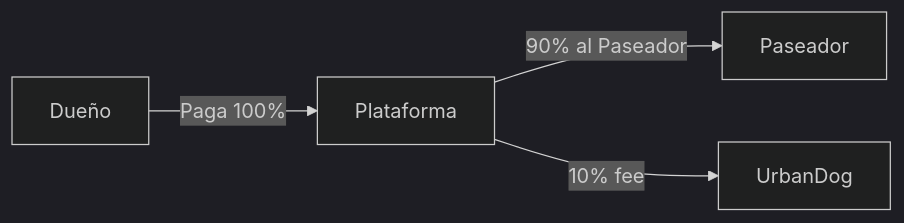
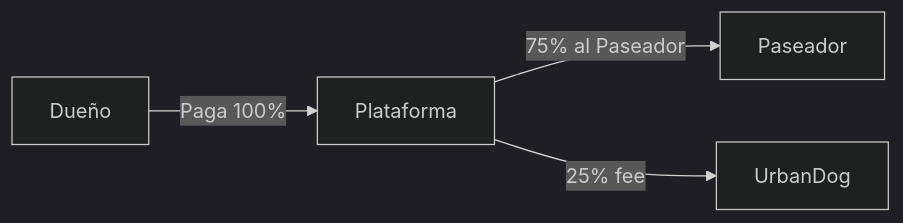
One commit to imsauleduardo/UrbanDog changed the second of 3 diagrams in docs/PRD_URBANDOG.md. Above: the diagram before and after it, drawn with Mermaid (dark theme). The commit also changed other lines of this file and 44 other files, not shown here.

Commit message:
feat: Initialize UrbanDog core plugin and theme, adding home page meta boxes, AJAX search, documentation, and development environment configurations.

````diff
--- a/docs/PRD_URBANDOG.md
+++ b/docs/PRD_URBANDOG.md
@@ -101,6 +101,6 @@
 ```mermaid
 flowchart LR
     D[Dueño] -->|Paga 100%| P[Plataforma]
-    P -->|90% al Paseador| W[Paseador]
-    P -->|10% fee| U[UrbanDog]
+    P -->|75% al Paseador| W[Paseador]
+    P -->|25% fee| U[UrbanDog]
 ```
````
